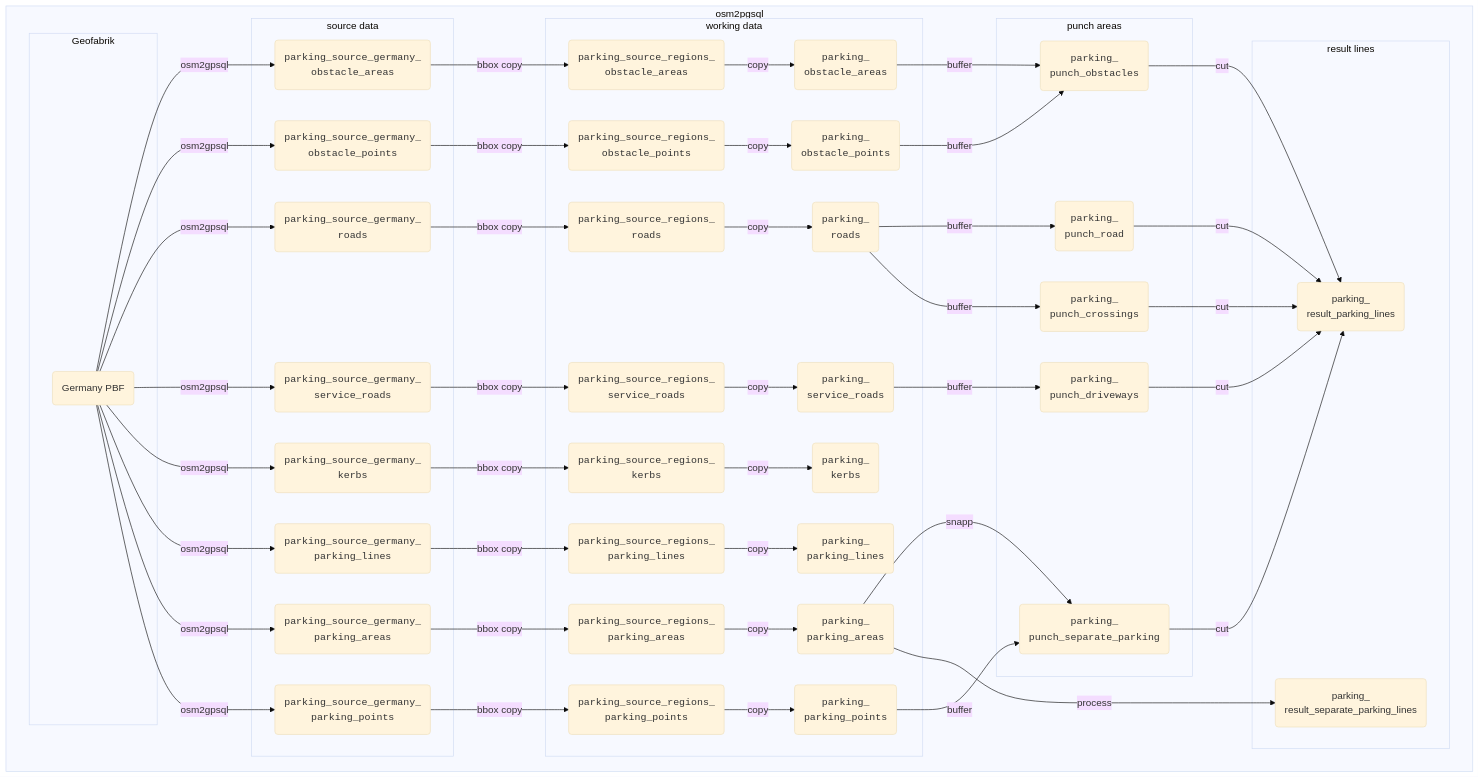
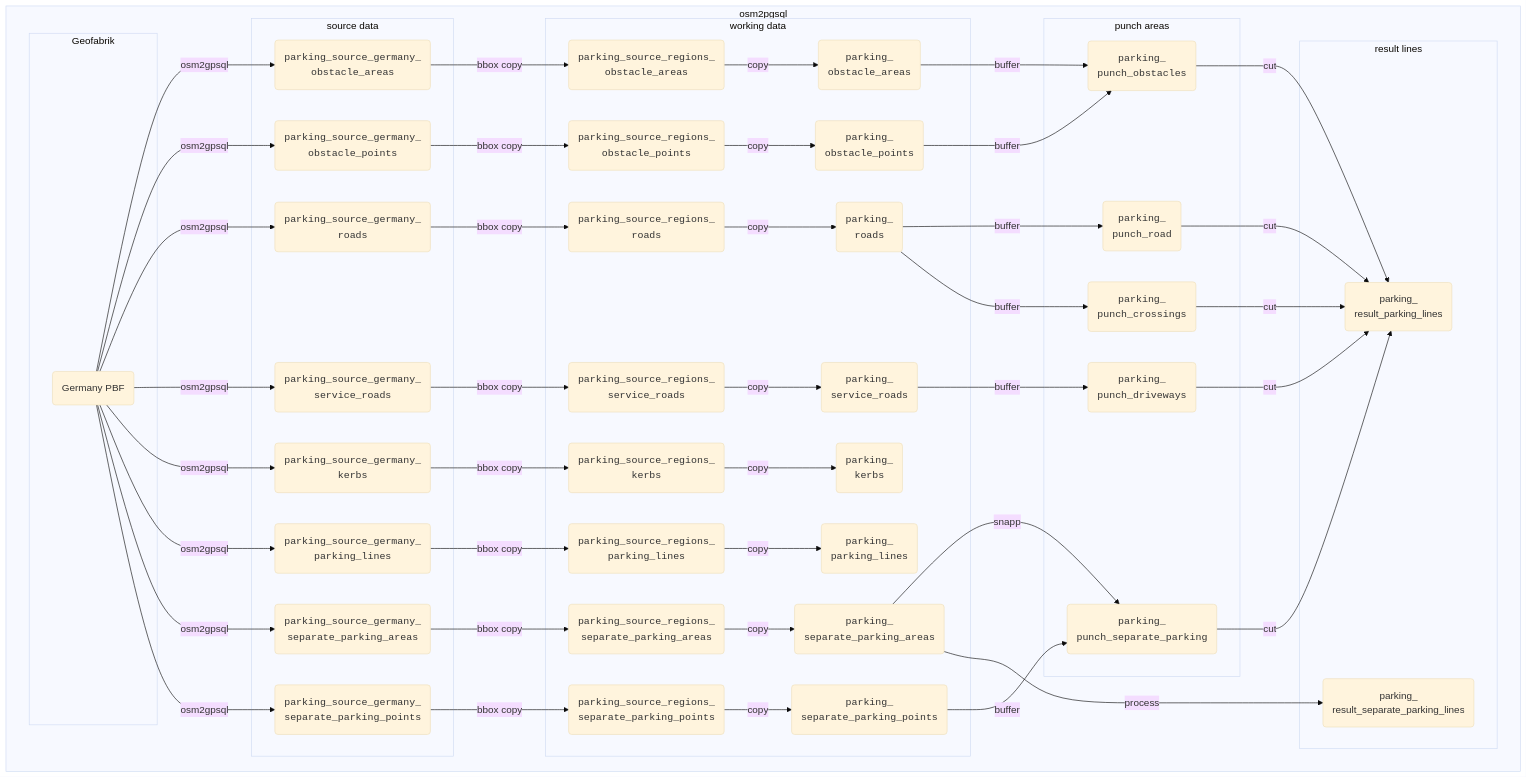
The diagram in processing/topics/parking/TABLES.md (FixMyBerlin/atlas-app), drawn with Mermaid (base theme) before and after one commit.

Commit message:
Parking: Rename separate_parking tables
We only have one processing folder for this because the categories are the same

````diff
--- a/processing/topics/parking/TABLES.md
+++ b/processing/topics/parking/TABLES.md
@@ -5,66 +5,66 @@
 ```mermaid
 %%{init: {"flowchart": {"htmlLabels": true}} }%%
 flowchart TB
     subgraph sql ["osm2pgsql"]
         subgraph osm ["Geofabrik"]
             nn("Germany PBF")
         end
         subgraph sg_table ["source data"]
             nn -->|"osm2gpsql"| SGOA("<code>parking_source_germany_<br>obstacle_areas</code>")
             nn -->|"osm2gpsql"| SGOP("<code>parking_source_germany_<br>obstacle_points</code>")
             nn -->|"osm2gpsql"| SGR("<code>parking_source_germany_<br>roads</code>")
             nn -->|"osm2gpsql"| SGSR("<code>parking_source_germany_<br>service_roads</code>")
             nn -->|"osm2gpsql"| SGK("<code>parking_source_germany_<br>kerbs</code>")
             nn -->|"osm2gpsql"| SGPL("<code>parking_source_germany_<br>parking_lines</code>")
             %% We copy all roads and add the attribute parking=yes, parking=missing.
             %% We handle dual carridgeway as parking=not_expected
             %% We copy service_roads only on those cases where there is explicit parking as parking=yes
             %% We add highway=\* so we can see the service roads.
             %% DELETE: SGPL1:::labelStyle@{label: "fa:fa-tag roads with parking"} -.- SGPL
             %% DELETE: SGPL2:::labelStyle@{label: "fa:fa-tag service roads with parking"} -.- SGPL
 
-            nn  -->|"osm2gpsql"| SGPA("<code>parking_source_germany_<br>parking_areas</code>")
-            nn  -->|"osm2gpsql"| SGPP("<code>parking_source_germany_<br>parking_points</code>")
+            nn  -->|"osm2gpsql"| SGSPA("<code>parking_source_germany_<br>separate_parking_areas</code>")
+            nn  -->|"osm2gpsql"| SGSPP("<code>parking_source_germany_<br>separate_parking_points</code>")
         end
     end
     subgraph sql ["SQL"]
         subgraph init_step ["working data"]
             SGOA -->|"bbox copy"| SROA("<code>parking_source_regions_<br>obstacle_areas</code>")
             SGOP -->|"bbox copy"| SROP("<code>parking_source_regions_<br>obstacle_points</code>")
             SGR -->|"bbox copy"| SRR("<code>parking_source_regions_<br>roads</code>")
             SGSR  -->|"bbox copy"| SRSR("<code>parking_source_regions_<br>service_roads</code>")
             SGK  -->|"bbox copy"| SRK("<code>parking_source_regions_<br>kerbs</code>")
             SGPL  -->|"bbox copy"| SRPL("<code>parking_source_regions_<br>parking_lines</code>")
-            SGPA  -->|"bbox copy"| SRPA("<code>parking_source_regions_<br>parking_areas</code>")
-            SGPP  -->|"bbox copy"| SRPP("<code>parking_source_regions_<br>parking_points</code>")
+            SGSPA  -->|"bbox copy"| SRSPA("<code>parking_source_regions_<br>separate_parking_areas</code>")
+            SGSPP  -->|"bbox copy"| SRSPP("<code>parking_source_regions_<br>separate_parking_points</code>")
 
             SROA -->|"copy"| OA("<code>parking_<br>obstacle_areas</code>")
             SROP -->|"copy"| OP("<code>parking_<br>obstacle_points</code>")
             SRR -->|"copy"| R("<code>parking_<br>roads</code>")
             SRSR  -->|"copy"| SR("<code>parking_<br>service_roads</code>")
             SRK  -->|"copy"| K("<code>parking_<br>kerbs</code>")
             SRPL  -->|"copy"| PL("<code>parking_<br>parking_lines</code>")
-            SRPA  -->|"copy"| PA("<code>parking_<br>parking_areas</code>")
-            SRPP  -->|"copy"| PP("<code>parking_<br>parking_points</code>")
+            SRSPA  -->|"copy"| PA("<code>parking_<br>separate_parking_areas</code>")
+            SRSPP  -->|"copy"| PP("<code>parking_<br>separate_parking_points</code>")
         end
         subgraph punch ["punch areas"]
             OA -->|"buffer"| PAO("<code>parking_<br>punch_obstacles</code>")
             OP -->|"buffer"| PAO
             R -->|"buffer"| PARA("<code>parking_<br>punch_road</code>")
             SR  -->|"buffer"| PAD("<code>parking_<br>punch_driveways</code>")
             R -->|"buffer"| PAC("<code>parking_<br>punch_crossings</code>")
             PA  -->|"snapp"| PSP("<code>parking_<br>punch_separate_parking</code>")
             PP  -->|"buffer"| PSP
         end
         subgraph result ["result lines"]
             PA -->|"process"| RSPL("parking_<br>result_separate_parking_lines")
             PARA -->|"cut"| RPL("parking_<br>result_parking_lines")
             PAO -->|"cut"| RPL
             PAD -->|"cut"| RPL
             PAC -->|"cut"| RPL
             PSP -->|"cut"| RPL
         end
     end
 
 classDef labelStyle fill:lightgray,stroke:white,stroke-width:1px;
 ```
````
